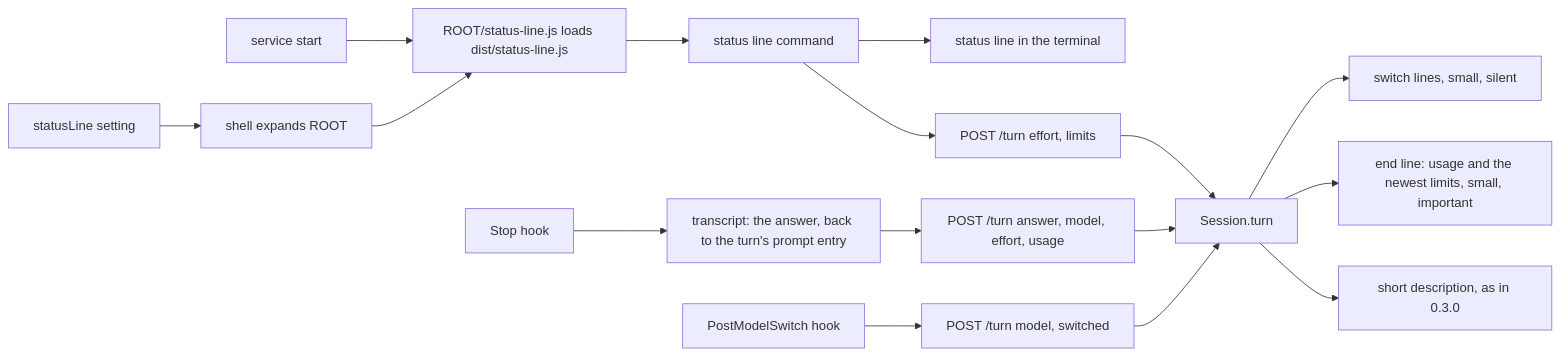
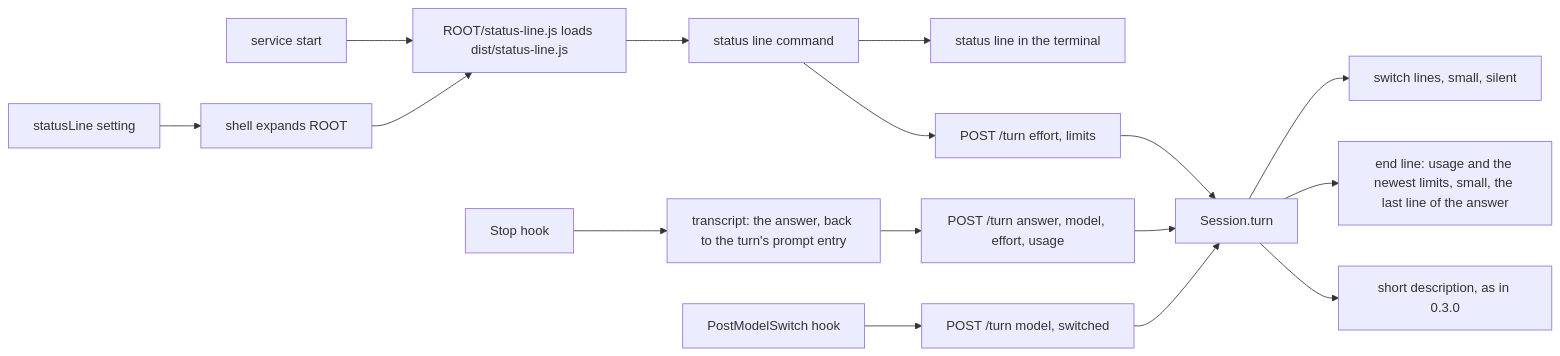
The second of 2 diagrams in plans/2026-11-13-mcp-session-usage.md (simplex-chat/simplex-chat), drawn with Mermaid before and after one commit. The commit also changed other lines of this file and 10 other files, not shown here.

````diff
--- a/plans/2026-11-13-mcp-session-usage.md
+++ b/plans/2026-11-13-mcp-session-usage.md
@@ -308,17 +327,17 @@
 ```mermaid
 flowchart LR
   ST[service start] --> LN[ROOT/status-line.js loads dist/status-line.js]
   SET[statusLine setting] --> SH[shell expands ROOT] --> LN
   LN --> SC[status line command]
   SC --> TL[status line in the terminal]
   SC --> R1[POST /turn effort, limits]
   SP[Stop hook] --> TR[transcript: the answer, back to the turn's prompt entry]
   TR --> R2[POST /turn answer, model, effort, usage]
   PM[PostModelSwitch hook] --> R3[POST /turn model, switched]
   R1 --> H[Session.turn]
   R2 --> H
   R3 --> H
   H --> L[switch lines, small, silent]
-  H --> E[end line: usage and the newest limits, small, important]
+  H --> E[end line: usage and the newest limits, small, the last line of the answer]
   H --> DS[short description, as in 0.3.0]
 ```
````
